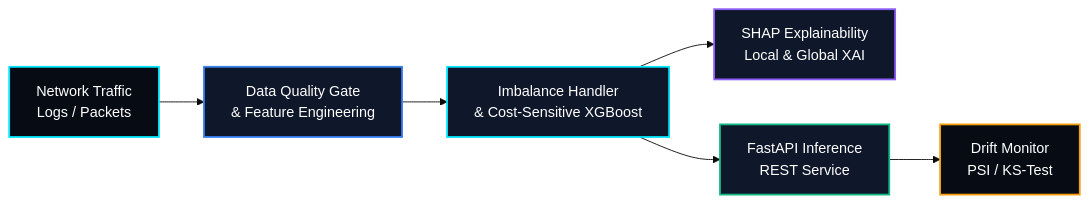
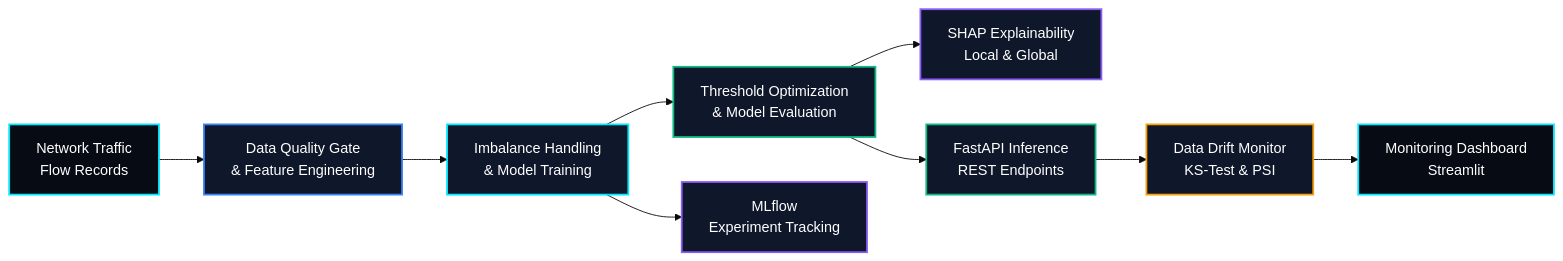
The diagram in README.md (Aditya70-creator/SentinelML), drawn with Mermaid (base theme) before and after one commit. The commit also changed other lines of this file, not shown here.

````diff
--- a/README.md
+++ b/README.md
@@ -13,15 +16,21 @@
 ```mermaid
 flowchart LR
-    A["Network Traffic<br/>Logs / Packets"] --> B["Data Quality Gate<br/>& Feature Engineering"]
-    B --> C["Imbalance Handler<br/>& Cost-Sensitive XGBoost"]
-    C --> D["SHAP Explainability<br/>Local & Global XAI"]
-    C --> E["FastAPI Inference<br/>REST Service"]
-    E --> F["Drift Monitor<br/>PSI / KS-Test"]
+    A["Network Traffic<br/>Flow Records"] --> B["Data Quality Gate<br/>& Feature Engineering"]
+    B --> C["Imbalance Handling<br/>& Model Training"]
+    C --> D["Threshold Optimization<br/>& Model Evaluation"]
+    D --> E["SHAP Explainability<br/>Local & Global"]
+    D --> F["FastAPI Inference<br/>REST Endpoints"]
+    F --> G["Data Drift Monitor<br/>KS-Test & PSI"]
+    G --> H["Monitoring Dashboard<br/>Streamlit"]
+    C --> I["MLflow<br/>Experiment Tracking"]
 
     style A fill:#070b14,stroke:#00E7FF,stroke-width:2px,color:#ffffff
     style B fill:#0f172a,stroke:#3B82F6,stroke-width:2px,color:#ffffff
     style C fill:#0f172a,stroke:#00E7FF,stroke-width:2px,color:#ffffff
-    style D fill:#0f172a,stroke:#8B5CF6,stroke-width:2px,color:#ffffff
-    style E fill:#0f172a,stroke:#10B981,stroke-width:2px,color:#ffffff
-    style F fill:#070b14,stroke:#f59e0b,stroke-width:2px,color:#ffffff
+    style D fill:#0f172a,stroke:#10B981,stroke-width:2px,color:#ffffff
+    style E fill:#0f172a,stroke:#8B5CF6,stroke-width:2px,color:#ffffff
+    style F fill:#0f172a,stroke:#10B981,stroke-width:2px,color:#ffffff
+    style G fill:#0f172a,stroke:#f59e0b,stroke-width:2px,color:#ffffff
+    style H fill:#070b14,stroke:#00E7FF,stroke-width:2px,color:#ffffff
+    style I fill:#0f172a,stroke:#8B5CF6,stroke-width:2px,color:#ffffff
 ```
````
